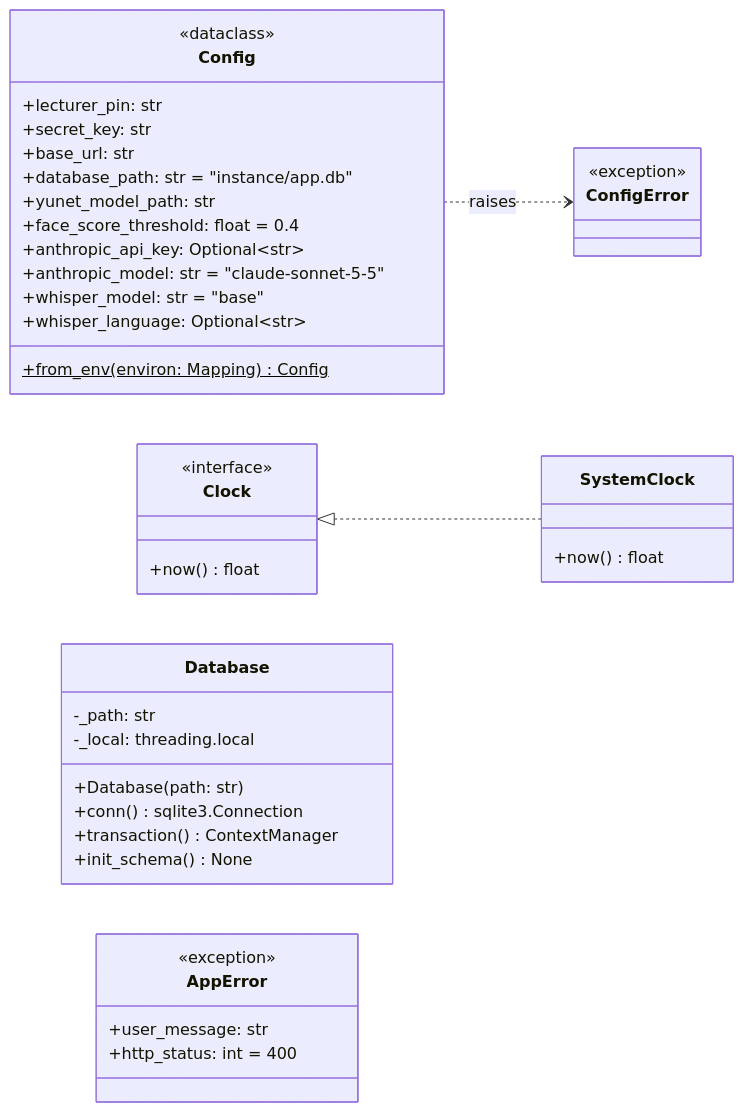
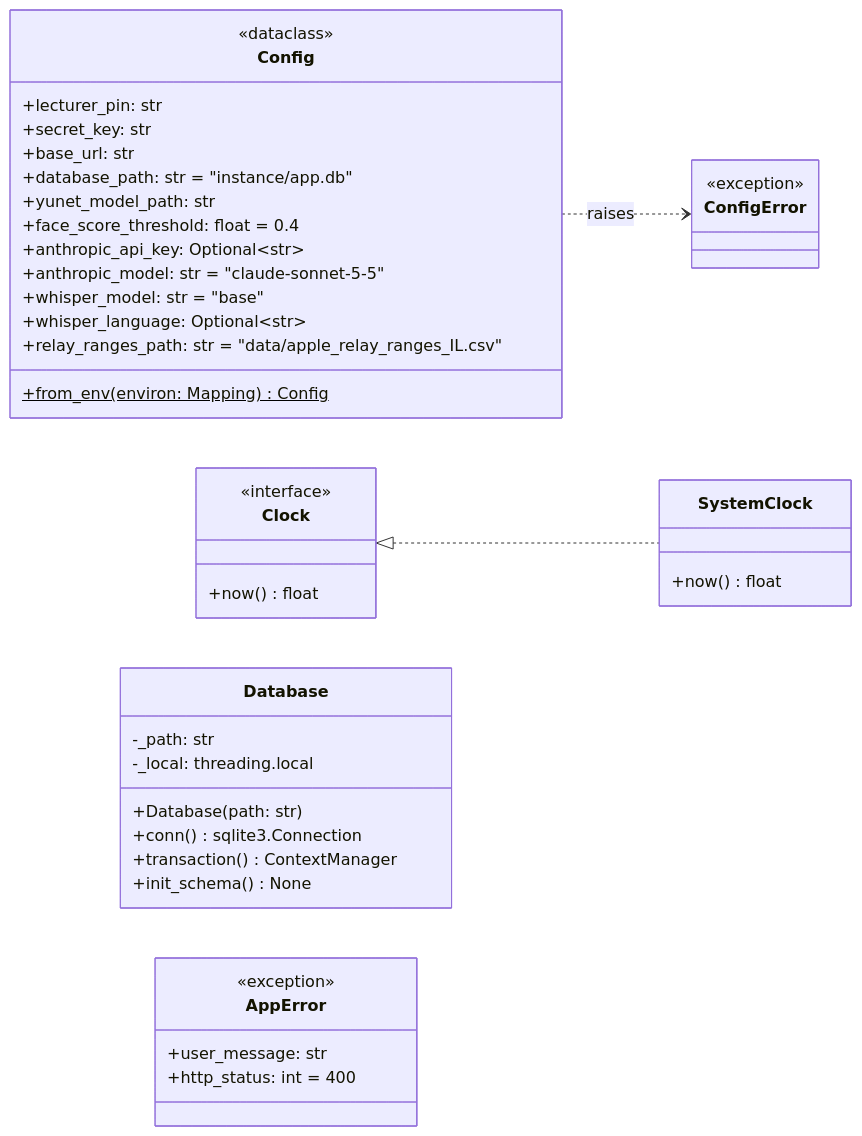
The second of 20 diagrams in docs/design.md (ronsarfati/EX2-Teaching-Tool), drawn with Mermaid before and after one commit. The commit also changed other lines of this file and 2 other files, not shown here.

Commit message:
docs: add D32 network origin of a check-in (campus / Apple relay / off campus)

````diff
--- a/docs/design.md
+++ b/docs/design.md
@@ -191,43 +206,44 @@
 ```mermaid
 classDiagram
   direction LR
   class Config {
     <<dataclass>>
     +lecturer_pin: str
     +secret_key: str
     +base_url: str
     +database_path: str = "instance/app.db"
     +yunet_model_path: str
     +face_score_threshold: float = 0.4
     +anthropic_api_key: Optional~str~
     +anthropic_model: str = "claude-sonnet-5-5"
     +whisper_model: str = "base"
     +whisper_language: Optional~str~
+    +relay_ranges_path: str = "data/apple_relay_ranges_IL.csv"
     +from_env(environ: Mapping) Config$
   }
   class Clock {
     <<interface>>
     +now() float
   }
   class SystemClock {
     +now() float
   }
   class Database {
     -_path: str
     -_local: threading.local
     +Database(path: str)
     +conn() sqlite3.Connection
     +transaction() ContextManager
     +init_schema() None
   }
   class AppError {
     <<exception>>
     +user_message: str
     +http_status: int = 400
   }
   class ConfigError {
     <<exception>>
   }
   Clock <|.. SystemClock
   Config ..> ConfigError : raises
 ```
````
